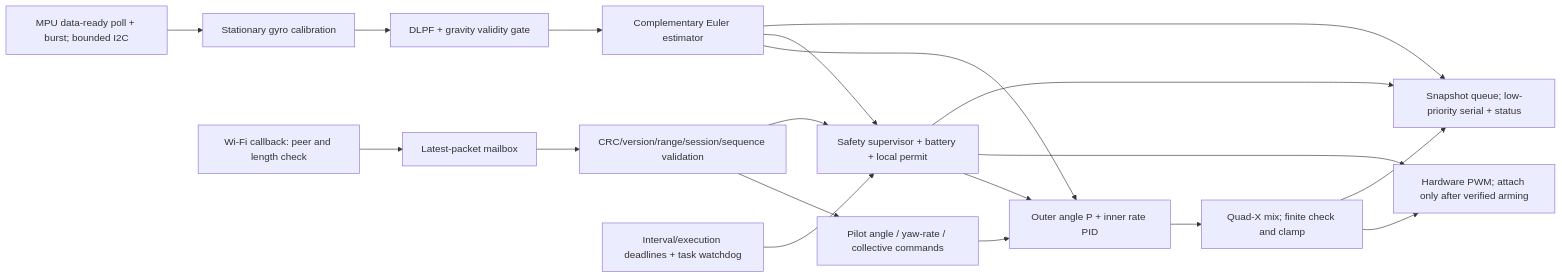
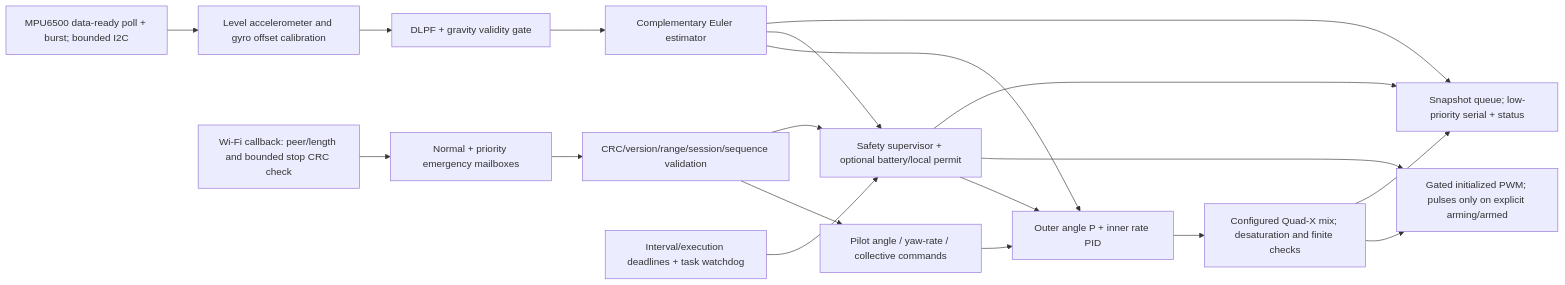
One commit to diyan07-ctrl/esp32-gesture-controlled-drone changed the diagram in diagrams/firmware-architecture.mmd. Above: the diagram before and after it, drawn with Mermaid. The commit also changed 72 other files, not shown here.

```diff
--- a/diagrams/firmware-architecture.mmd
+++ b/diagrams/firmware-architecture.mmd
@@ -1,19 +1,19 @@
 flowchart LR
-  IMU["MPU data-ready poll + burst; bounded I2C"] --> CAL["Stationary gyro calibration"]
+  IMU["MPU6500 data-ready poll + burst; bounded I2C"] --> CAL["Level accelerometer and gyro offset calibration"]
   CAL --> FIL["DLPF + gravity validity gate"]
   FIL --> EST["Complementary Euler estimator"]
-  CB["Wi-Fi callback: peer and length check"] --> Q["Latest-packet mailbox"]
+  CB["Wi-Fi callback: peer/length and bounded stop CRC check"] --> Q["Normal + priority emergency mailboxes"]
   Q --> V["CRC/version/range/session/sequence validation"]
   V --> CMD["Pilot angle / yaw-rate / collective commands"]
   CMD --> PID["Outer angle P + inner rate PID"]
   EST --> PID
-  PID --> MIX["Quad-X mix; finite check and clamp"]
-  MIX --> OUT["Hardware PWM; attach only after verified arming"]
-  SAFE["Safety supervisor + battery + local permit"] --> PID
+  PID --> MIX["Configured Quad-X mix; desaturation and finite checks"]
+  MIX --> OUT["Gated initialized PWM; pulses only on explicit arming/armed"]
+  SAFE["Safety supervisor + optional battery/local permit"] --> PID
   SAFE --> OUT
   V --> SAFE
   EST --> SAFE
   TIME["Interval/execution deadlines + task watchdog"] --> SAFE
   SAFE --> TEL["Snapshot queue; low-priority serial + status"]
   EST --> TEL
   MIX --> TEL
```
